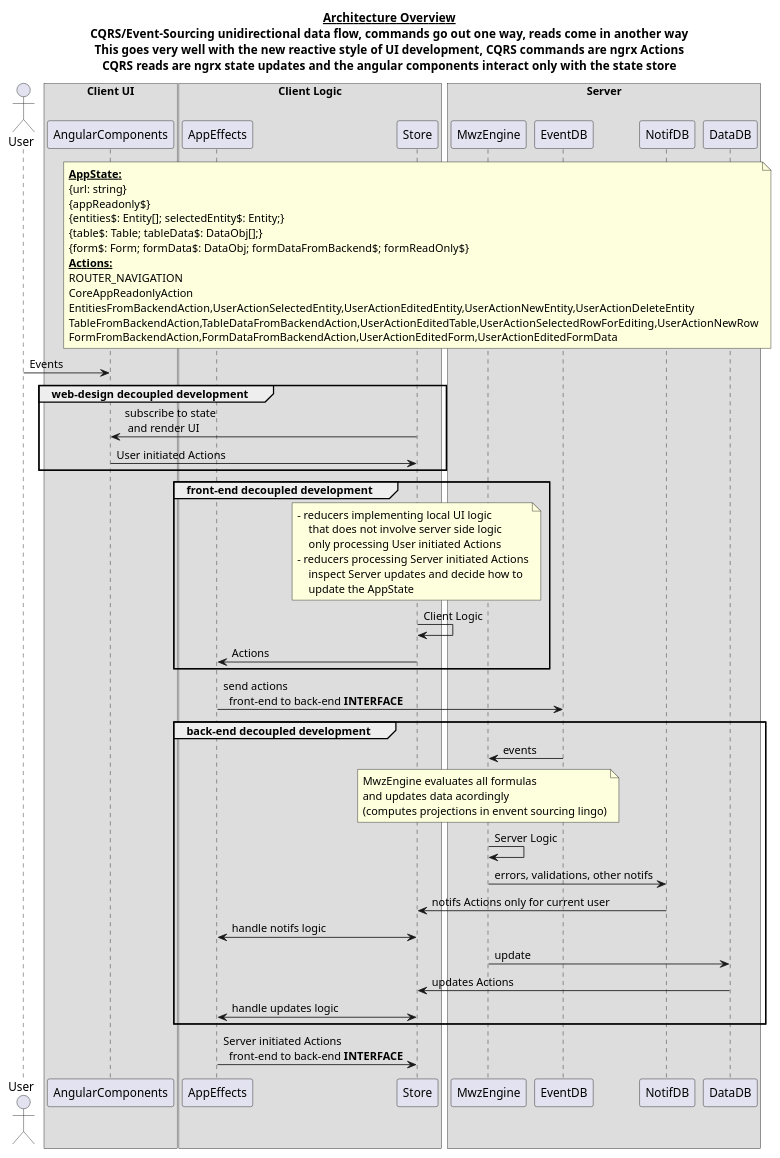
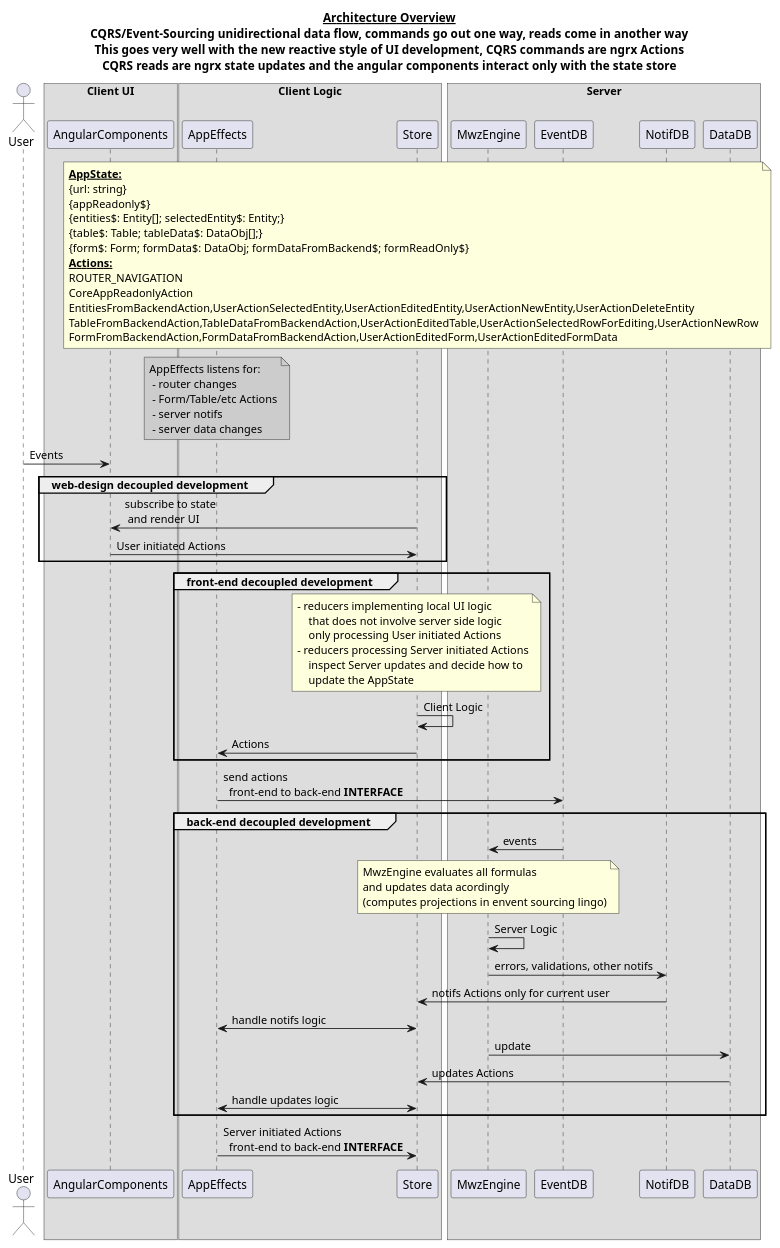
Before and after one commit to formuladb/poc1: the diagram in docs/architecture.puml, drawn with PlantUML. The commit also changed 16 other files, not shown here.

```diff
--- a/docs/architecture.puml
+++ b/docs/architecture.puml
@@ -1,81 +1,89 @@
 @startuml architecture
 
 title __Architecture Overview__\n\
 CQRS/Event-Sourcing unidirectional data flow, commands go out one way, reads come in another way\n\
 This goes very well with the new reactive style of UI development, CQRS commands are ngrx Actions\n\
 CQRS reads are ngrx state updates and the angular components interact only with the state store
 
 actor User
 box "Client UI"
     participant AngularComponents
 end box
 box "Client Logic"
     participant AppEffects
     participant Store
 end box
 box "Server"
     participant MwzEngine
     participant EventDB
     participant NotifDB
     participant DataDB
 end box
 
 note over Store
 **__AppState:__**
 {url: string}
 {appReadonly$}
 {entities$: Entity[]; selectedEntity$: Entity;}
 {table$: Table; tableData$: DataObj[];}
 {form$: Form; formData$: DataObj; formDataFromBackend$; formReadOnly$}
 **__Actions:__**
 ROUTER_NAVIGATION
 CoreAppReadonlyAction
 EntitiesFromBackendAction,UserActionSelectedEntity,UserActionEditedEntity,UserActionNewEntity,UserActionDeleteEntity
 TableFromBackendAction,TableDataFromBackendAction,UserActionEditedTable,UserActionSelectedRowForEditing,UserActionNewRow
 FormFromBackendAction,FormDataFromBackendAction,UserActionEditedForm,UserActionEditedFormData
+end note
+
+note over AppEffects #CCCCCC
+AppEffects listens for:
+ - router changes
+ - Form/Table/etc Actions
+ - server notifs
+ - server data changes
 end note
 
 User -> AngularComponents: Events
 
 group web-design decoupled development
     AngularComponents <- Store: subscribe to state\n and render UI
     AngularComponents -> Store: User initiated Actions
 end
 
 group front-end decoupled development
     note over Store
     - reducers implementing local UI logic
         that does not involve server side logic
         only processing User initiated Actions
     - reducers processing Server initiated Actions
         inspect Server updates and decide how to 
         update the AppState
     end note
     Store -> Store: Client Logic
     Store -> AppEffects: Actions
 end
 
 AppEffects -> EventDB: send actions\n\
   front-end to back-end **INTERFACE**
 
 group back-end decoupled development
 
     EventDB -> MwzEngine: events
     note over MwzEngine
     MwzEngine evaluates all formulas
     and updates data acordingly
     (computes projections in envent sourcing lingo)
     end note
     MwzEngine -> MwzEngine: Server Logic
     MwzEngine -> NotifDB: errors, validations, other notifs
     NotifDB -> Store: notifs Actions only for current user
     AppEffects <-> Store: handle notifs logic
     MwzEngine -> DataDB: update
     DataDB -> Store: updates Actions
     AppEffects <-> Store: handle updates logic
 end
 
 AppEffects -> Store: Server initiated Actions\n\
   front-end to back-end **INTERFACE**
 
 @enduml
```
